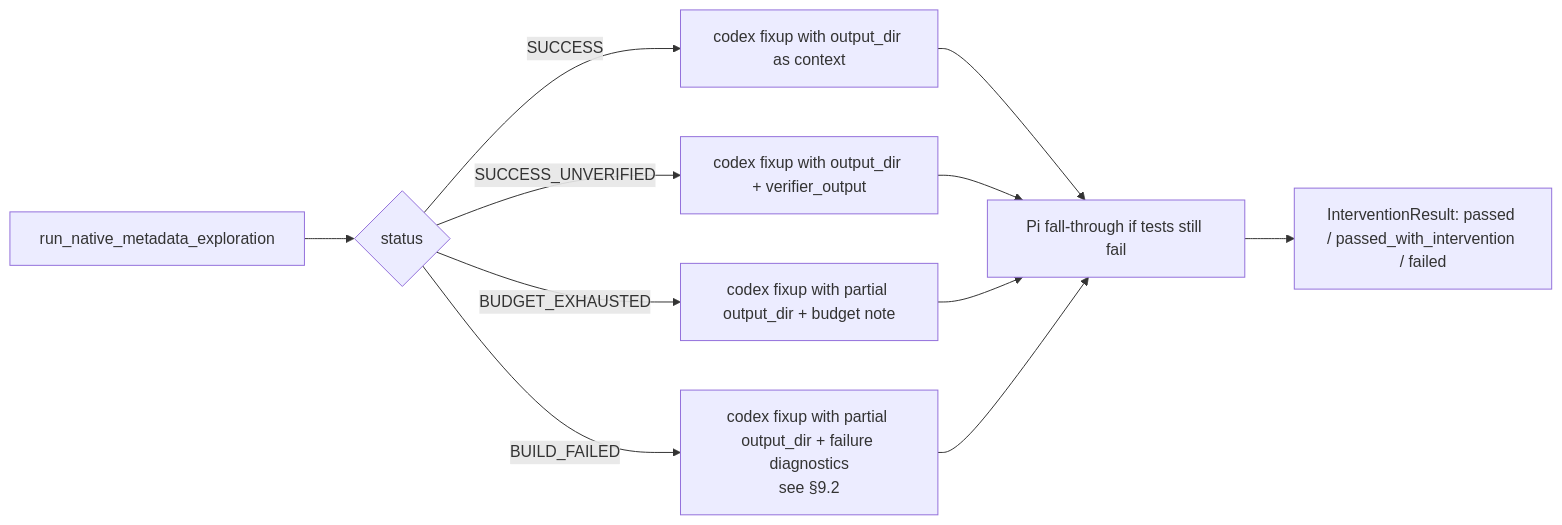
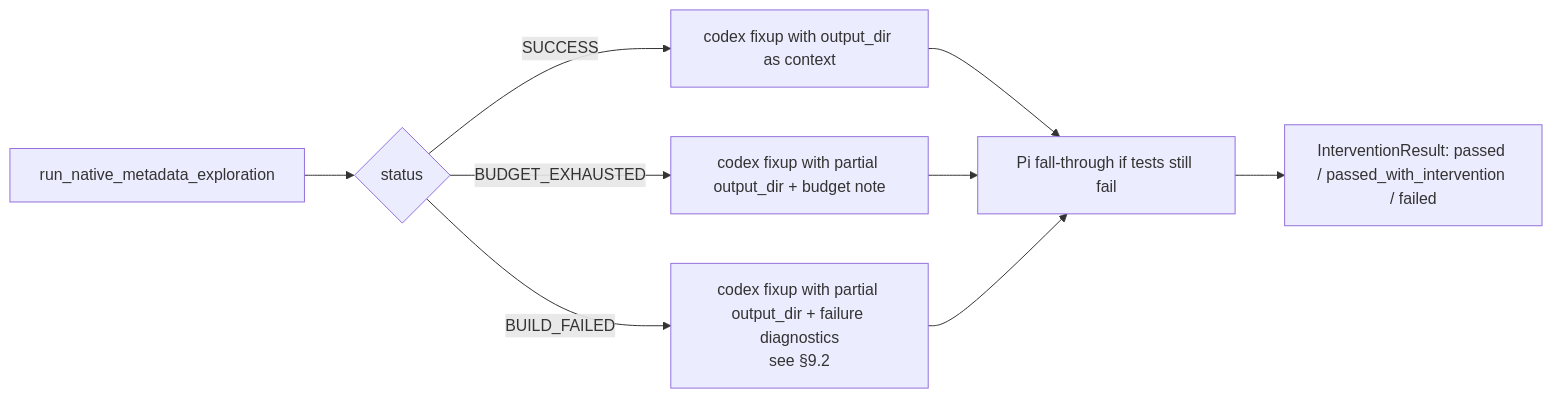
Before and after one commit to oracle/graalvm-reachability-metadata: the second of 2 diagrams in forge/docs/native-metadata-exploration.md, drawn with Mermaid. The commit also changed other lines of this file and 7 other files, not shown here.

````diff
--- a/forge/docs/native-metadata-exploration.md
+++ b/forge/docs/native-metadata-exploration.md
@@ -536,13 +493,11 @@
 ```mermaid
 flowchart LR
     Explore[run_native_metadata_exploration] --> Status{status}
     Status -- "SUCCESS" --> CodexCtx[codex fixup with output_dir as context]
-    Status -- "SUCCESS_UNVERIFIED" --> CodexCtx2[codex fixup with output_dir + verifier_output]
     Status -- "BUDGET_EXHAUSTED" --> CodexCtx3[codex fixup with partial output_dir + budget note]
     Status -- "BUILD_FAILED" --> CodexFail[codex fixup with partial output_dir + failure diagnostics<br/>see §9.2]
     CodexCtx --> PiFall[Pi fall-through if tests still fail]
-    CodexCtx2 --> PiFall
     CodexCtx3 --> PiFall
     CodexFail --> PiFall
     PiFall --> Result[InterventionResult: passed / passed_with_intervention / failed]
 ```
````
